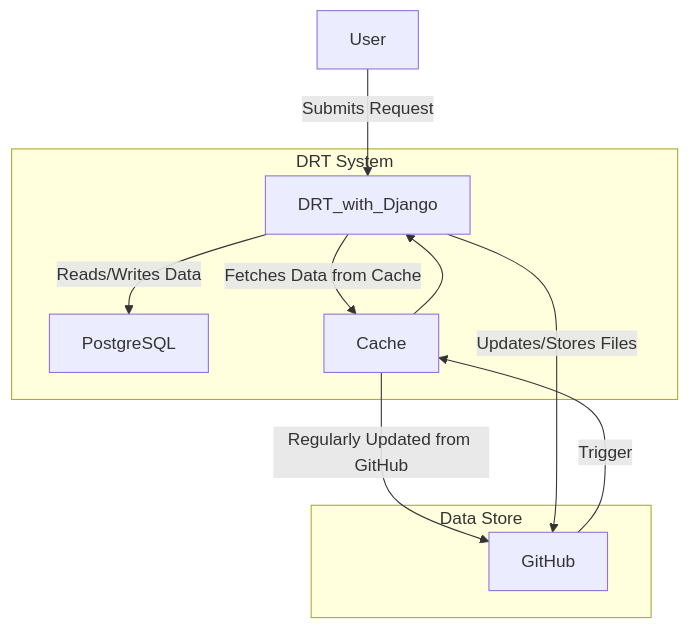
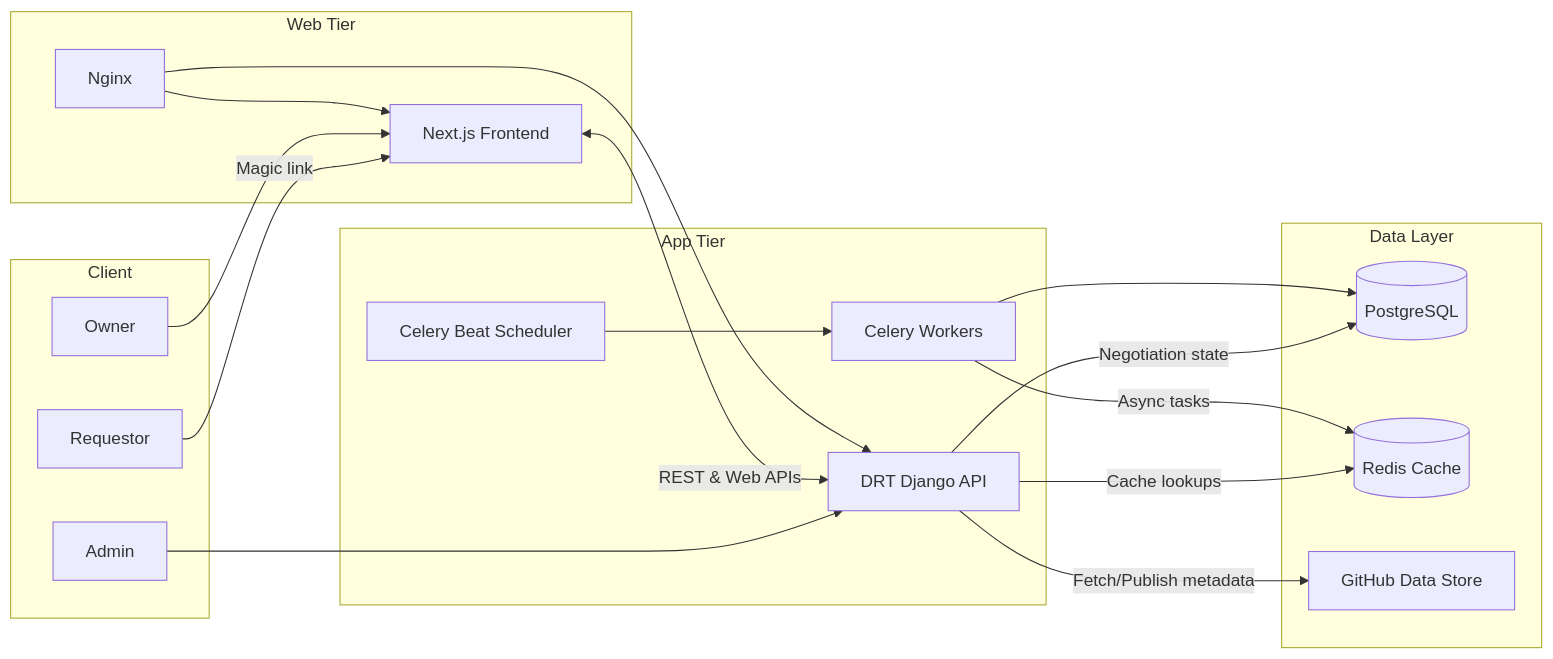
One commit to ClimateSmartAgCollab/DRT_Design_Document changed the diagram in README.md. Above: the diagram before and after it, drawn with Mermaid. The commit also changed other lines of this file and 2 other files, not shown here.

````diff
--- a/README.md
+++ b/README.md
@@ -34,20 +49,35 @@
 ```mermaid
-graph TD;
-    User[User] --> |Submits Request| DRT_with_Django;
-    DRT_with_Django --> |Reads/Writes Data| PostgreSQL;
-    DRT_with_Django --> |Fetches Data from Cache| Cache;
-    Cache --> |Regularly Updated from GitHub| GitHub;
-    GitHub --Trigger--> Cache;
-    Cache --> DRT_with_Django;
-    DRT_with_Django --> |Updates/Stores Files| GitHub;
-
-    subgraph "DRT System"
-        DRT_with_Django
-        Cache
-        PostgreSQL
+graph LR;
+    subgraph Client
+        Requestor
+        Owner
+        Admin
+    end
+    subgraph Web Tier
+        Frontend[Next.js Frontend]
+        Nginx
+    end
+    subgraph App Tier
+        Django[DRT Django API]
+        CeleryWorker[Celery Workers]
+        CeleryBeat[Celery Beat Scheduler]
+    end
+    subgraph Data Layer
+        Postgres[(PostgreSQL)]
+        Redis[(Redis Cache)]
+        GitHub[GitHub Data Store]
     end
 
-    subgraph "Data Store"
-        GitHub
-    end
+    Requestor -->|Magic link| Frontend
+    Owner --> Frontend
+    Admin --> Django
+    Frontend <-->|REST & Web APIs| Django
+    Django -->|Negotiation state| Postgres
+    Django -->|Cache lookups| Redis
+    Django -->|Fetch/Publish metadata| GitHub
+    CeleryWorker -->|Async tasks| Redis
+    CeleryWorker --> Postgres
+    CeleryBeat --> CeleryWorker
+    Nginx --> Frontend
+    Nginx --> Django
 ```
````
